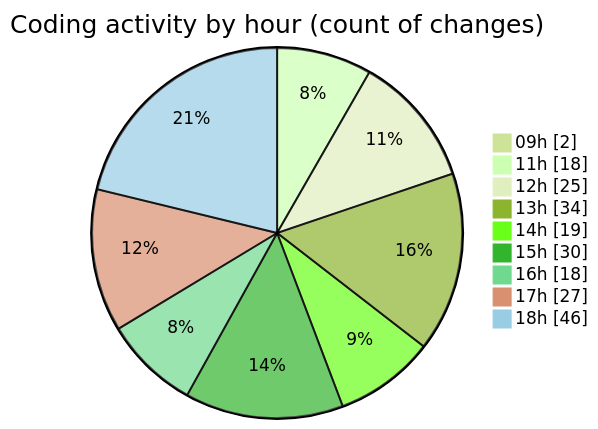
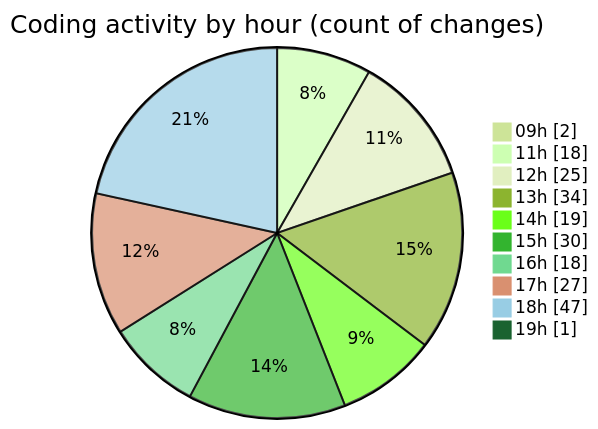
The second of 2 diagrams in 2025-06-30/cda/README.md (momahboobian/code-tracking), drawn with Mermaid (forest theme) before and after one commit. The commit also changed other lines of this file and 1 other file, not shown here.

````diff
--- a/2025-06-30/cda/README.md
+++ b/2025-06-30/cda/README.md
@@ -54,13 +54,14 @@
 ```mermaid
 pie showData
 title Coding activity by hour (count of changes)
 "09h" : 2
 "11h" : 18
 "12h" : 25
 "13h" : 34
 "14h" : 19
 "15h" : 30
 "16h" : 18
 "17h" : 27
-"18h" : 46
+"18h" : 47
+"19h" : 1
 ```
````
